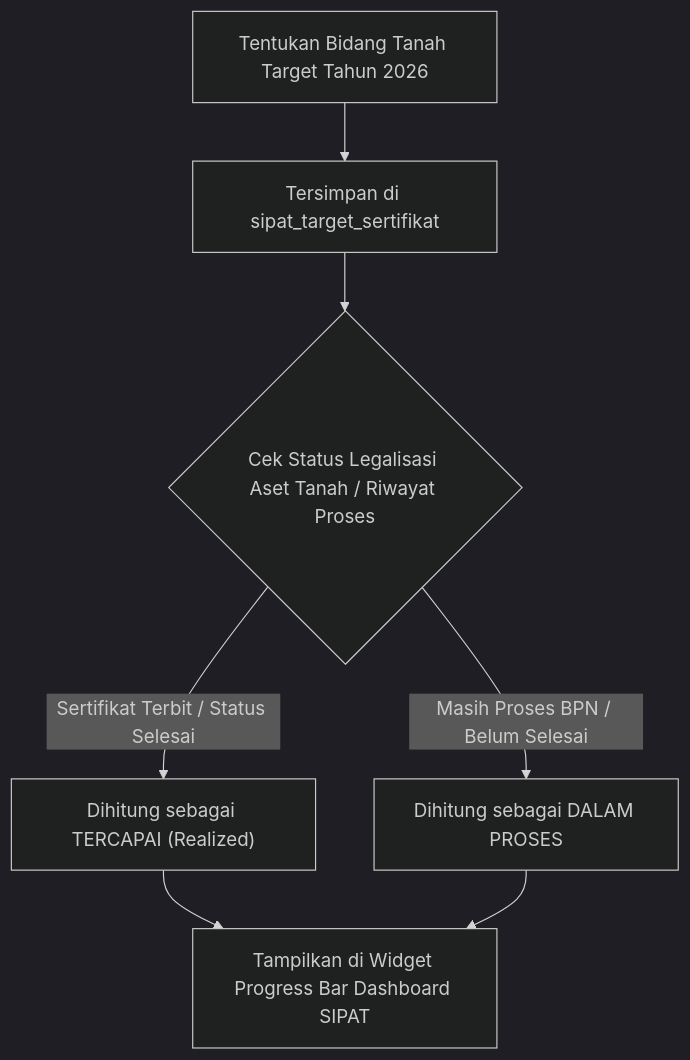
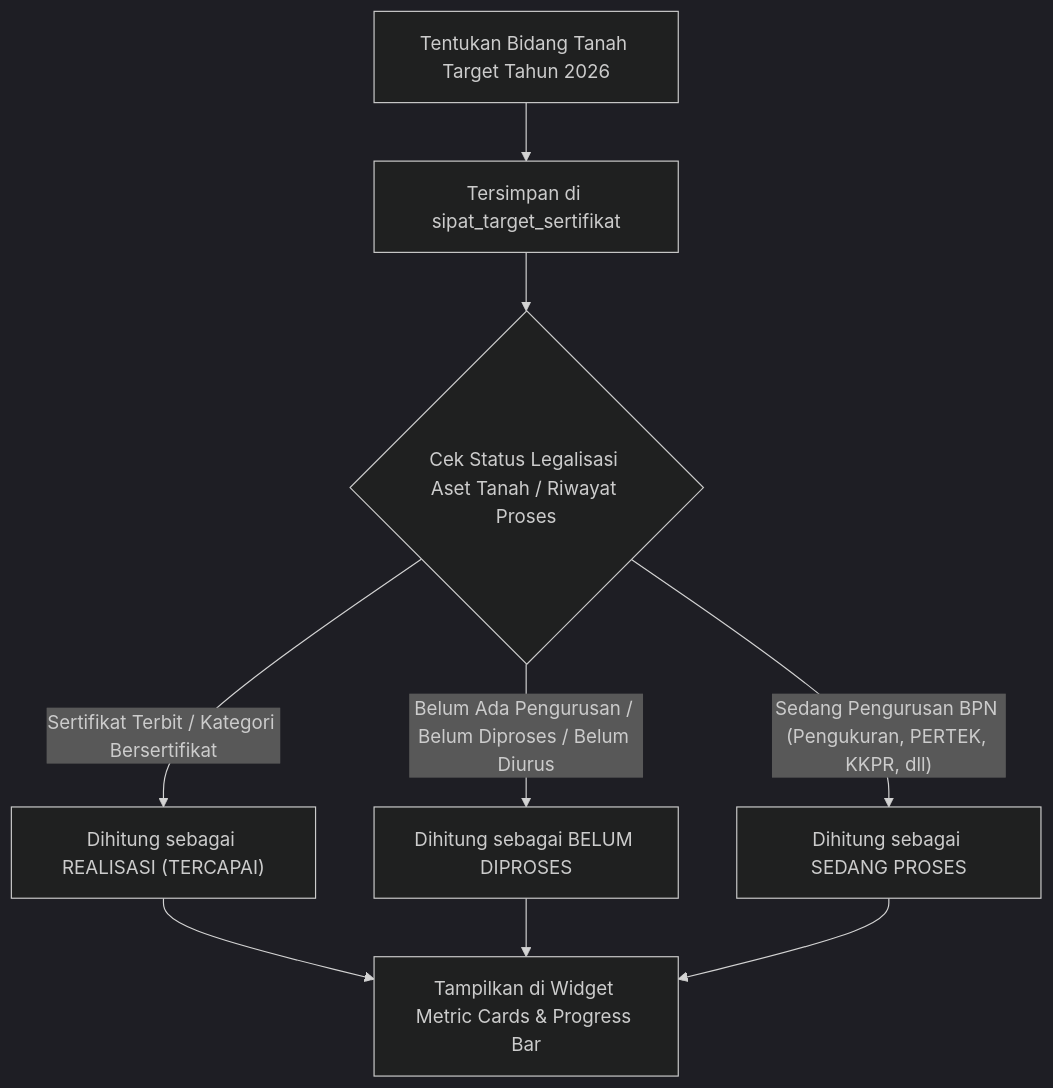
One commit to arifhyde98/Aset_terpadu changed the diagram in docs/rencana_pengembangan_target_pensertifikatan_sipat.md. Above: the diagram before and after it, drawn with Mermaid (dark theme). The commit also changed other lines of this file and 6 other files, not shown here.

Commit message:
feat: add dashboard metrics, improved status categorization, and summary reporting for target certification module

````diff
--- a/docs/rencana_pengembangan_target_pensertifikatan_sipat.md
+++ b/docs/rencana_pengembangan_target_pensertifikatan_sipat.md
@@ -42,9 +42,11 @@
 ```mermaid
 graph TD
     A["Tentukan Bidang Tanah Target Tahun 2026"] --> B["Tersimpan di sipat_target_sertifikat"]
     B --> C{"Cek Status Legalisasi Aset Tanah / Riwayat Proses"}
-    C -- "Sertifikat Terbit / Status Selesai" --> D["Dihitung sebagai TERCAPAI (Realized)"]
-    C -- "Masih Proses BPN / Belum Selesai" --> E["Dihitung sebagai DALAM PROSES"]
-    D --> F["Tampilkan di Widget Progress Bar Dashboard SIPAT"]
-    E --> F
+    C -- "Sertifikat Terbit / Kategori Bersertifikat" --> D["Dihitung sebagai REALISASI (TERCAPAI)"]
+    C -- "Belum Ada Pengurusan / Belum Diproses / Belum Diurus" --> E["Dihitung sebagai BELUM DIPROSES"]
+    C -- "Sedang Pengurusan BPN (Pengukuran, PERTEK, KKPR, dll)" --> F["Dihitung sebagai SEDANG PROSES"]
+    D --> G["Tampilkan di Widget Metric Cards & Progress Bar"]
+    E --> G
+    F --> G
 ```
````
